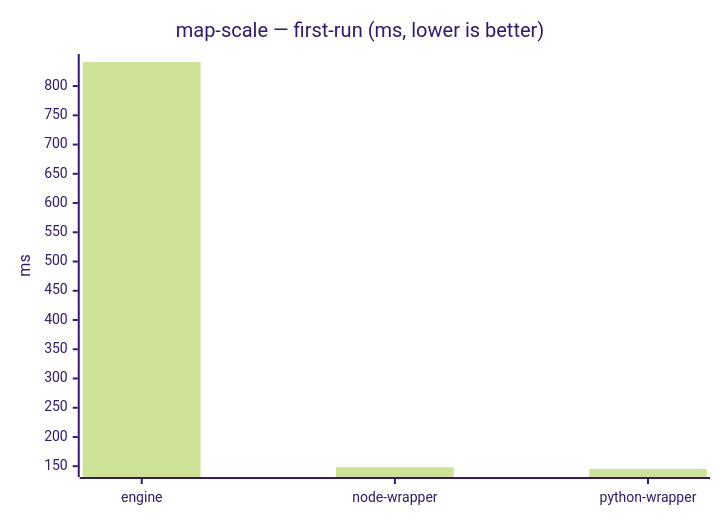
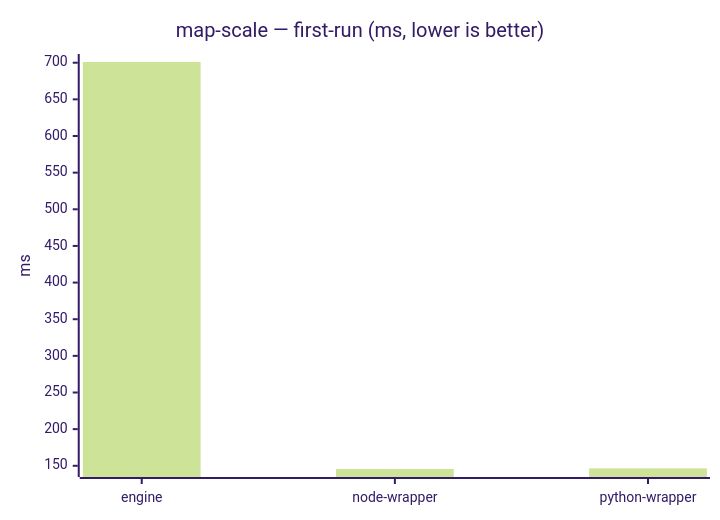
Before and after one commit to mulesoft/data-weave-cli: the sixth of 23 diagrams in benchmarks/report/RESULTS.md, drawn with Mermaid (forest theme). The commit also changed other lines of this file, not shown here.

````diff
--- a/benchmarks/report/RESULTS.md
+++ b/benchmarks/report/RESULTS.md
@@ -90,7 +90,7 @@
 ```mermaid
 xychart-beta
     title "map-scale — first-run (ms, lower is better)"
     x-axis ["engine", "node-wrapper", "python-wrapper"]
     y-axis "ms"
-    bar [841.166, 148.358, 145.236]
+    bar [700.978, 145.616, 146.478]
 ```
````
